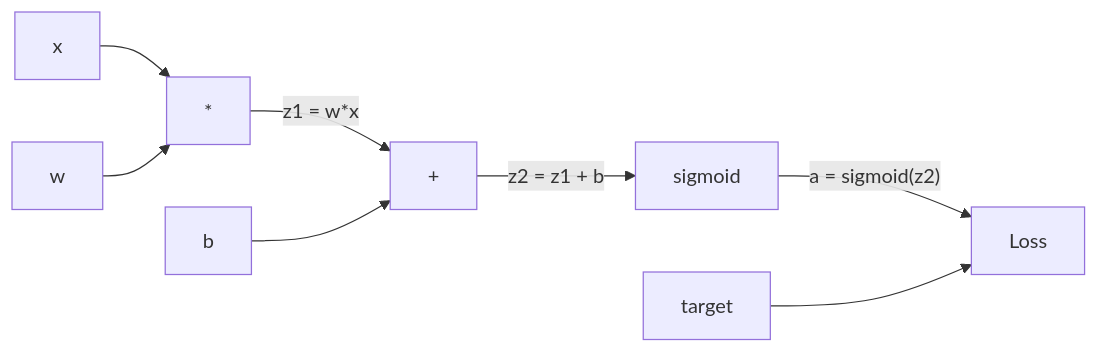
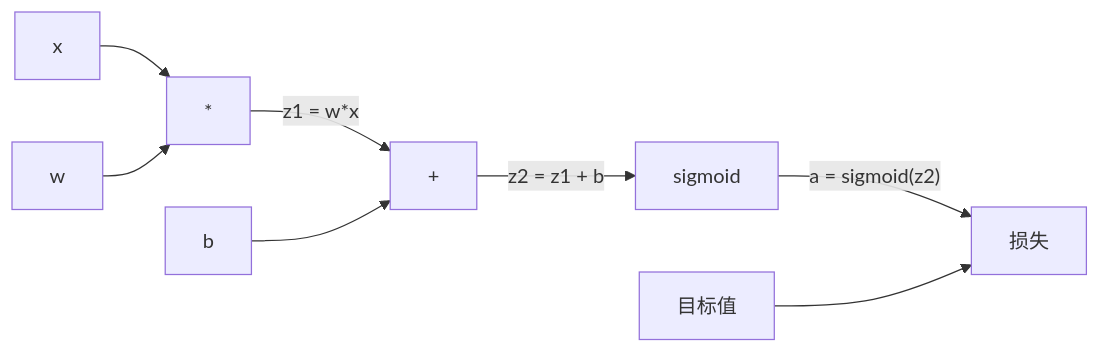
One commit to cq0206/ai-engineering-from-scratch changed the first of 3 diagrams in phases/03-deep-learning-core/03-backpropagation.md. Above: the diagram before and after it, drawn with Mermaid. The commit also changed other lines of this file and 67 other files, not shown here.

````diff
--- a/phases/03-deep-learning-core/03-backpropagation.md
+++ b/phases/03-deep-learning-core/03-backpropagation.md
@@ -37,10 +37,10 @@
 ```mermaid
 graph LR
     x["x"] --> mul["*"]
     w["w"] --> mul
     mul -- "z1 = w*x" --> add["+"]
     b["b"] --> add
     add -- "z2 = z1 + b" --> sig["sigmoid"]
-    sig -- "a = sigmoid(z2)" --> loss["Loss"]
-    y["target"] --> loss
+    sig -- "a = sigmoid(z2)" --> loss["损失"]
+    y["目标值"] --> loss
 ```
````
